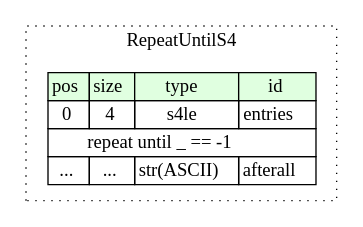
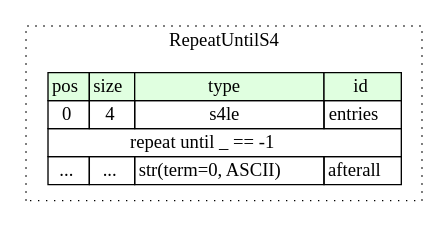
The diagram in compiled/graphviz/repeat_until_s4.dot (kaitai-io/ci_targets), drawn with Graphviz before and after one commit. The commit also changed 439 other files, not shown here.

```diff
--- a/compiled/graphviz/repeat_until_s4.dot
+++ b/compiled/graphviz/repeat_until_s4.dot
@@ -1,15 +1,15 @@
 digraph {
 	rankdir=LR;
 	node [shape=plaintext];
 	subgraph cluster__repeat_until_s4 {
 		label="RepeatUntilS4";
 		graph[style=dotted];
 
 		repeat_until_s4__seq [label=<<TABLE BORDER="0" CELLBORDER="1" CELLSPACING="0">
 			<TR><TD BGCOLOR="#E0FFE0">pos</TD><TD BGCOLOR="#E0FFE0">size</TD><TD BGCOLOR="#E0FFE0">type</TD><TD BGCOLOR="#E0FFE0">id</TD></TR>
 			<TR><TD PORT="entries_pos">0</TD><TD PORT="entries_size">4</TD><TD>s4le</TD><TD PORT="entries_type">entries</TD></TR>
 			<TR><TD COLSPAN="4" PORT="entries__repeat">repeat until _ == -1</TD></TR>
-			<TR><TD PORT="afterall_pos">...</TD><TD PORT="afterall_size">...</TD><TD>str(ASCII)</TD><TD PORT="afterall_type">afterall</TD></TR>
+			<TR><TD PORT="afterall_pos">...</TD><TD PORT="afterall_size">...</TD><TD>str(term=0, ASCII)</TD><TD PORT="afterall_type">afterall</TD></TR>
 		</TABLE>>];
 	}
 }
```
